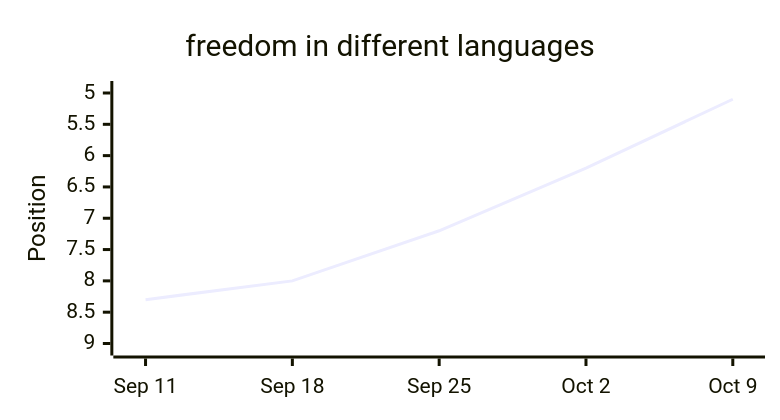
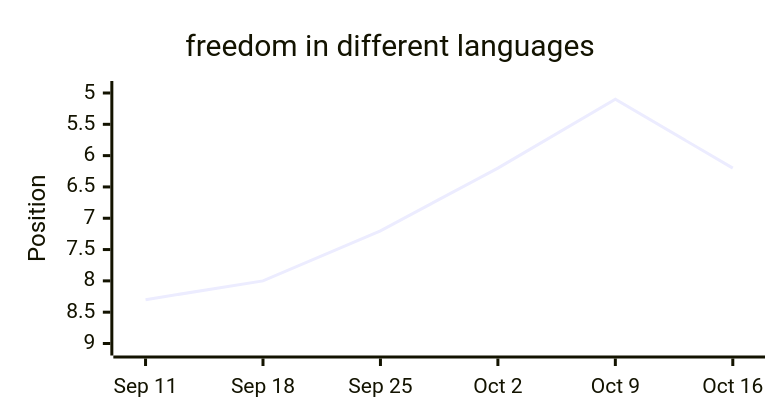
Diagram 11 of 13 in latest.md (langx/website), drawn with Mermaid before and after one commit. The commit also changed other lines of this file and 2 other files, not shown here.

````diff
--- a/latest.md
+++ b/latest.md
@@ -170,13 +170,13 @@
 ```mermaid
 ---
 config:
   xyChart:
     width: 500
     height: 260
 ---
 xychart-beta
   title "freedom in different languages"
-  x-axis ["Sep 11", "Sep 18", "Sep 25", "Oct 2", "Oct 9"]
+  x-axis ["Sep 11", "Sep 18", "Sep 25", "Oct 2", "Oct 9", "Oct 16"]
   y-axis "Position" 9 --> 5
-  line [8.3, 8, 7.2, 6.2, 5.1]
+  line [8.3, 8, 7.2, 6.2, 5.1, 6.2]
 ```
````
